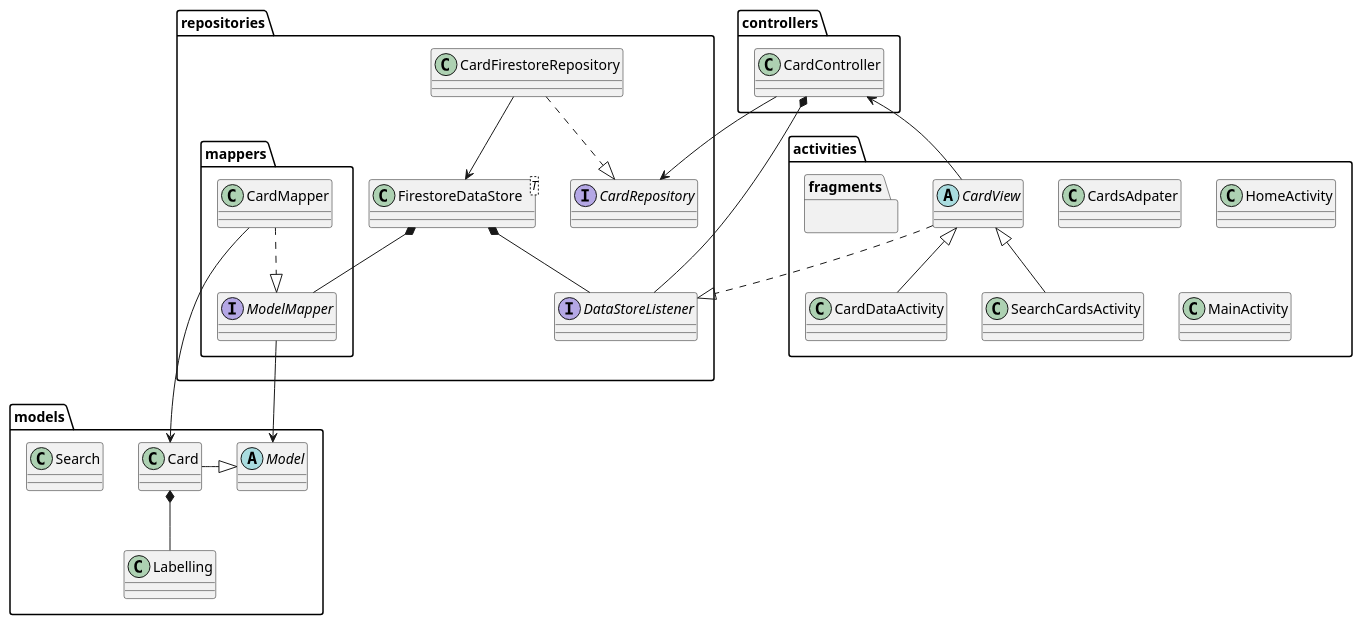
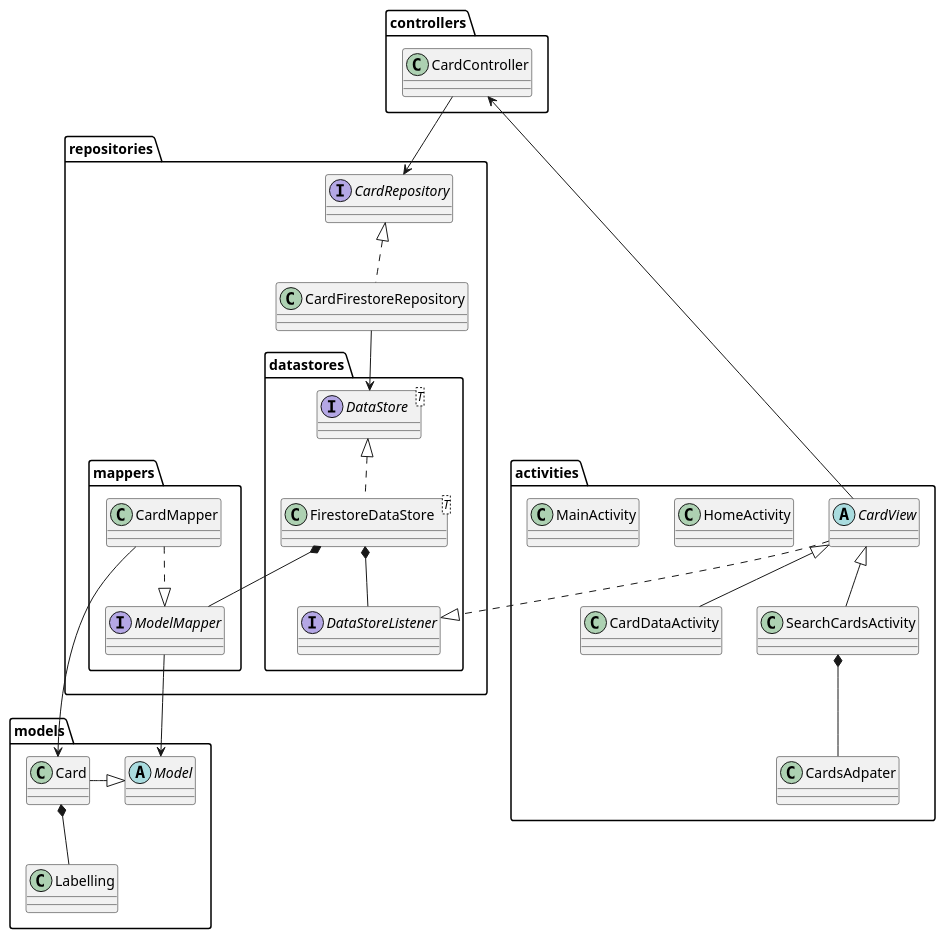
The diagram in app/doc/class-design.puml (ferllop/evermind), drawn with PlantUML before and after one commit. The commit also changed 10 other files, not shown here.

```diff
--- a/app/doc/class-design.puml
+++ b/app/doc/class-design.puml
@@ -1,52 +1,50 @@
 @startuml
 package controllers {
     class CardController
+}
 
-
-}
 package models {
     class Card
     class Labelling
-    class Search
     abstract class Model
     Card -right-|> Model
     Card *-- Labelling
 }
 
 package activities{
-    package fragments{
-    }
+    abstract class CardView
     class CardDataActivity
-    class CardsAdpater
-    class HomeActivity
     class SearchCardsActivity
-    class MainActivity
-
-    abstract class CardView
-    CardView -up-> CardController
     CardView <|-- CardDataActivity
     CardView <|-- SearchCardsActivity
+    CardView -up-> CardController
+    class CardsAdpater
+    SearchCardsActivity *-- CardsAdpater
+    class HomeActivity
+    class MainActivity
 }
 
 package repositories{
-    CardController -down-> CardRepository
+    interface CardRepository
+    class CardFirestoreRepository
+    CardController --> CardRepository
+    CardFirestoreRepository .up.|> CardRepository
     package mappers {
         interface ModelMapper
         ModelMapper --> Model
         CardMapper ..|> ModelMapper
         CardMapper --> Card
     }
-    interface CardRepository
-    interface DataStoreListener
-    class CardFirestoreRepository
-    CardFirestoreRepository ..|> CardRepository
-    CardFirestoreRepository --> FirestoreDataStore
-
-    class FirestoreDataStore<T>
-    FirestoreDataStore *-- DataStoreListener
-    FirestoreDataStore *-- ModelMapper
-    CardController *-- DataStoreListener
-    CardView ..|> DataStoreListener
+    package datastores {
+        interface DataStoreListener
+        interface DataStore<T>
+        CardView ..|> DataStoreListener
+        class FirestoreDataStore<T>
+        CardFirestoreRepository --> DataStore
+        FirestoreDataStore .up.|> DataStore
+        FirestoreDataStore *-- DataStoreListener
+        FirestoreDataStore *-- ModelMapper
+    }
 }
 
 @enduml
```
